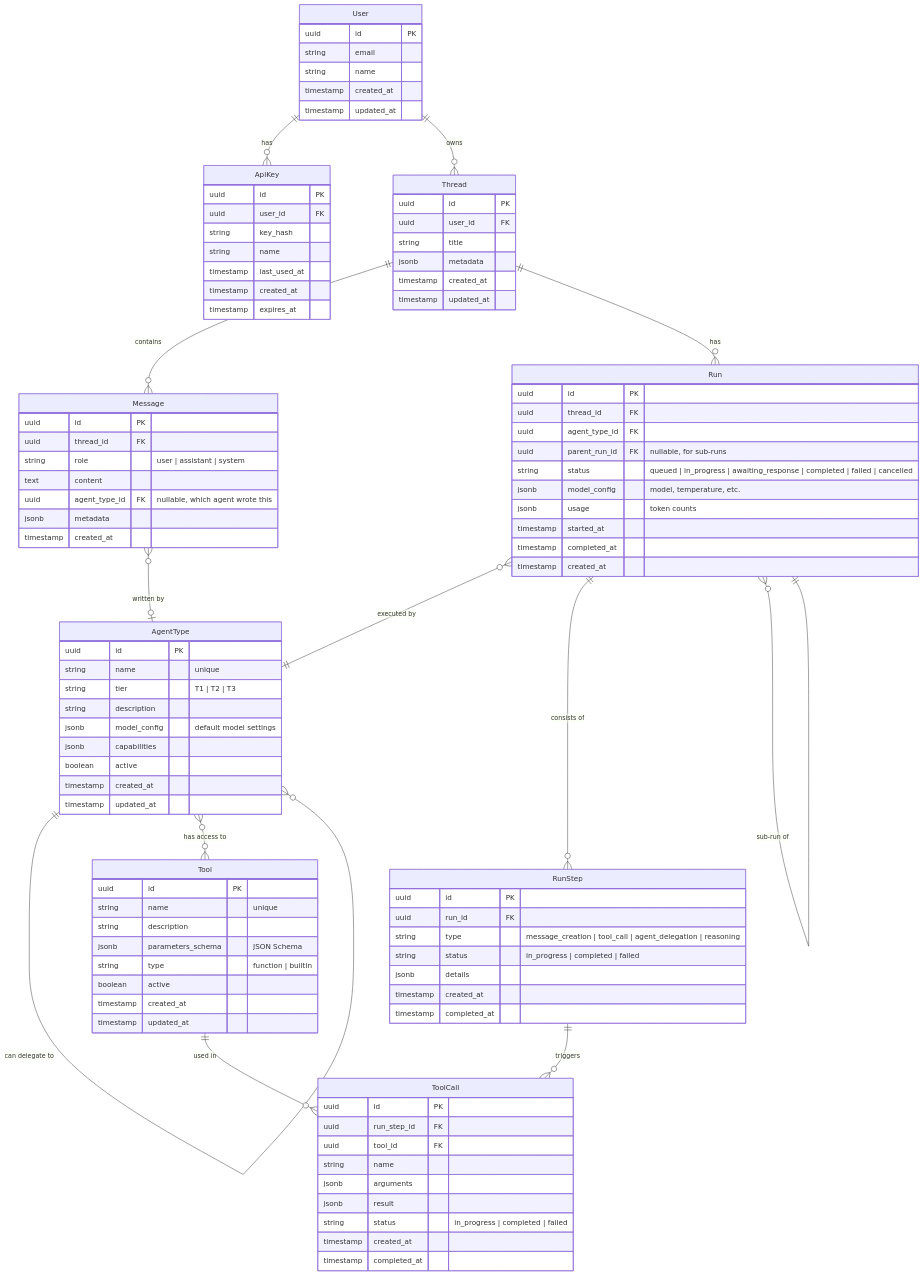
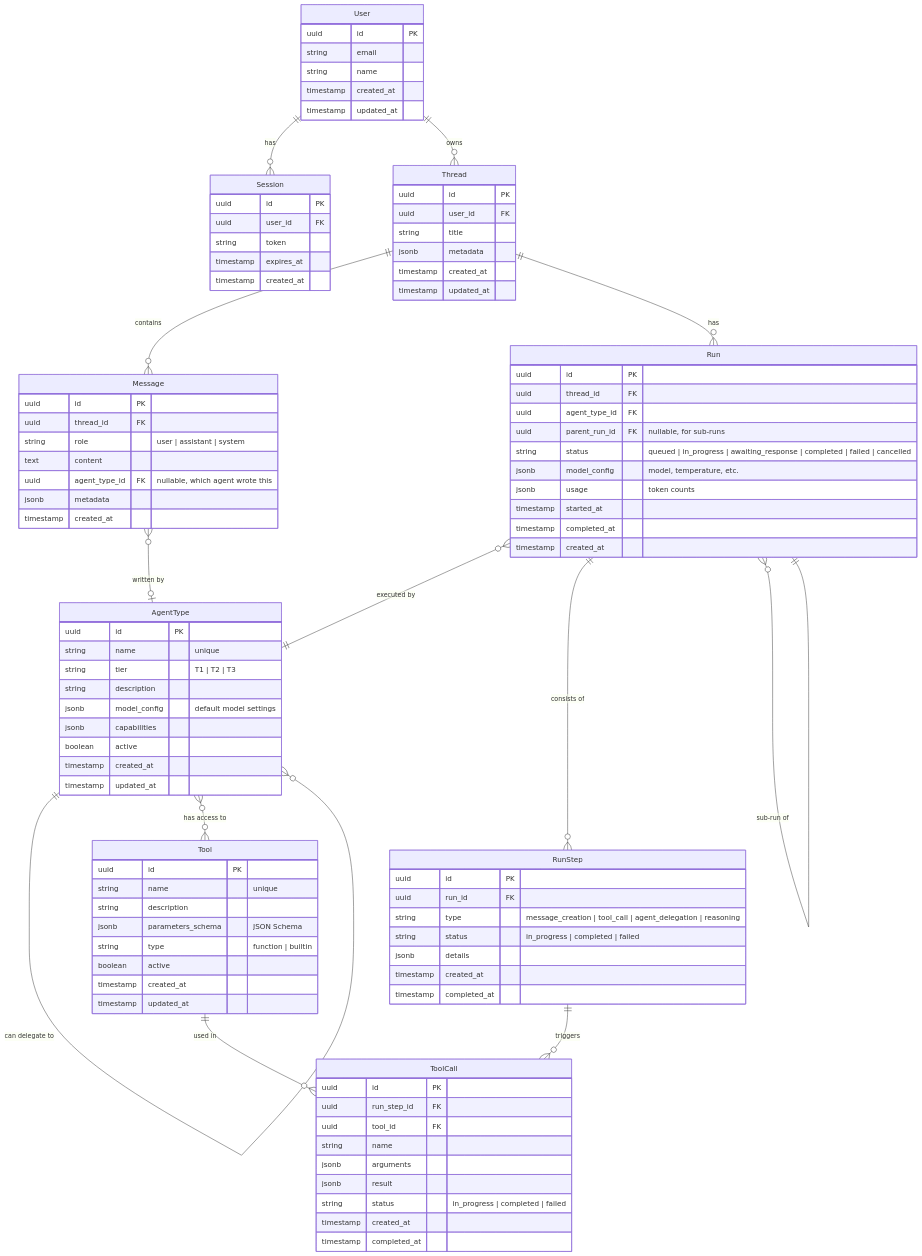
One commit to grey-gaming/ants changed the third of 9 diagrams in docs/architecture.md. Above: the diagram before and after it, drawn with Mermaid. The commit also changed other lines of this file and 22 other files, not shown here.

````diff
--- a/docs/architecture.md
+++ b/docs/architecture.md
@@ -189,6 +189,6 @@
 ```mermaid
 erDiagram
-    User ||--o{ ApiKey : "has"
+    User ||--o{ Session : "has"
     User ||--o{ Thread : "owns"
     Thread ||--o{ Message : "contains"
     Thread ||--o{ Run : "has"
@@ -209,14 +209,12 @@
         timestamp updated_at
     }
 
-    ApiKey {
+    Session {
         uuid id PK
         uuid user_id FK
-        string key_hash
-        string name
-        timestamp last_used_at
+        string token
+        timestamp expires_at
         timestamp created_at
-        timestamp expires_at
     }
 
     Thread {
````
